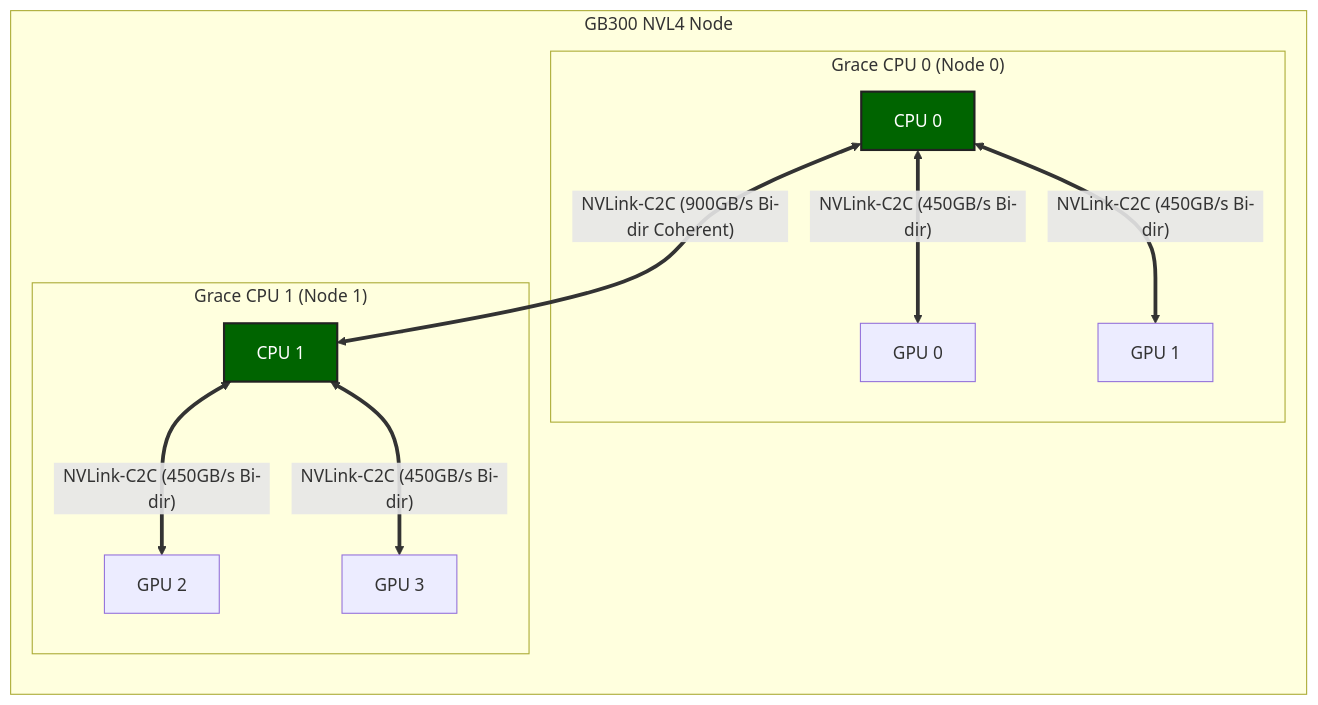
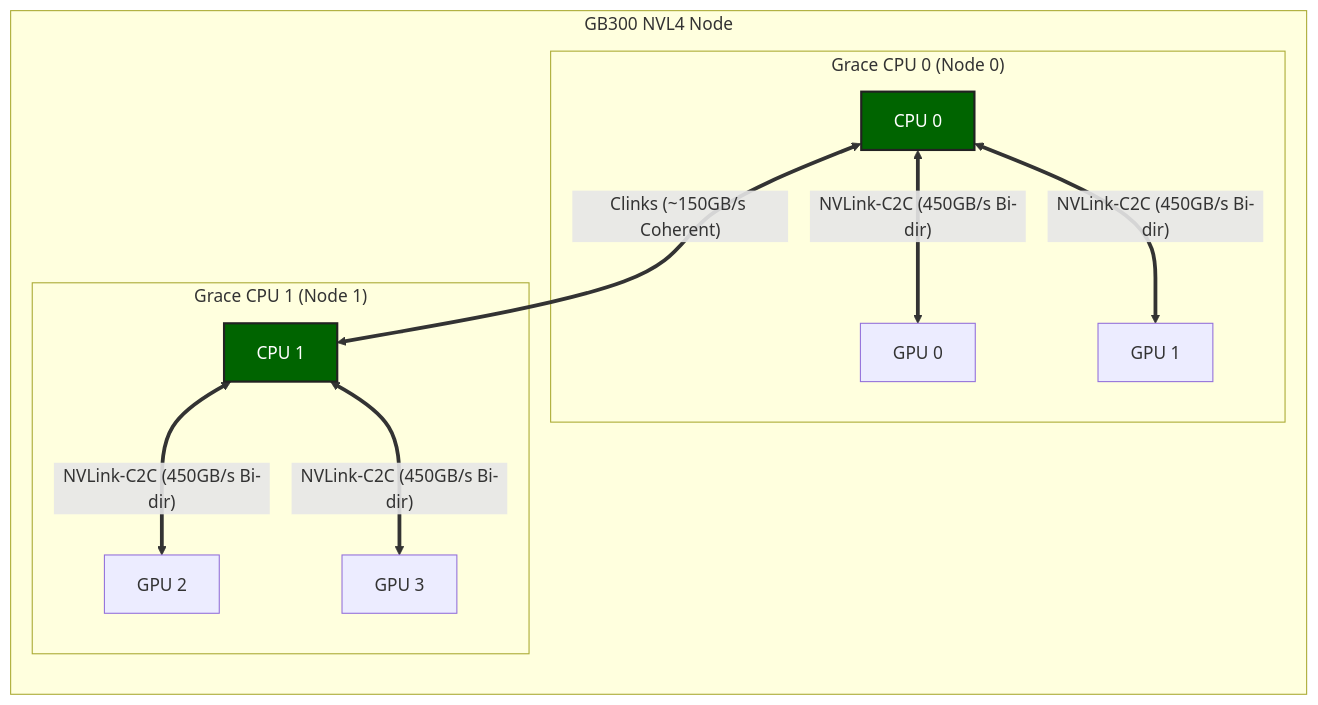
Before and after one commit to ForceInjection/forceinjection.github.io: the diagram in 01_hardware_architecture/superchips/nvidia_gb300.md, drawn with Mermaid. The commit also changed other lines of this file and 380 other files, not shown here.

````diff
--- a/01_hardware_architecture/superchips/nvidia_gb300.md
+++ b/01_hardware_architecture/superchips/nvidia_gb300.md
@@ -53,29 +59,29 @@
 ```mermaid
 graph LR
     subgraph "GB300 NVL4 Node"
         subgraph "Grace CPU 0 (Node 0)"
             CPU0[CPU 0]
             GPU0[GPU 0]
             GPU1[GPU 1]
         end
 
         subgraph "Grace CPU 1 (Node 1)"
             CPU1[CPU 1]
             GPU2[GPU 2]
             GPU3[GPU 3]
         end
     end
 
     %% CPU-GPU Links (NVLink-C2C)
     CPU0 <== "NVLink-C2C (450GB/s Bi-dir)" ==> GPU0
     CPU0 <== "NVLink-C2C (450GB/s Bi-dir)" ==> GPU1
     CPU1 <== "NVLink-C2C (450GB/s Bi-dir)" ==> GPU2
     CPU1 <== "NVLink-C2C (450GB/s Bi-dir)" ==> GPU3
 
-    %% CPU-CPU Link (NVLink-C2C)
-    CPU0 <== "NVLink-C2C (900GB/s Bi-dir Coherent)" ==> CPU1
+    %% CPU-CPU Link (Clinks)
+    CPU0 <== "Clinks (~150GB/s Coherent)" ==> CPU1
 
     %% Styling
     classDef green fill:#006400,stroke:#222,stroke-width:2px,color:#ffffff;
     class CPU0,CPU1 green;
 ```
````
